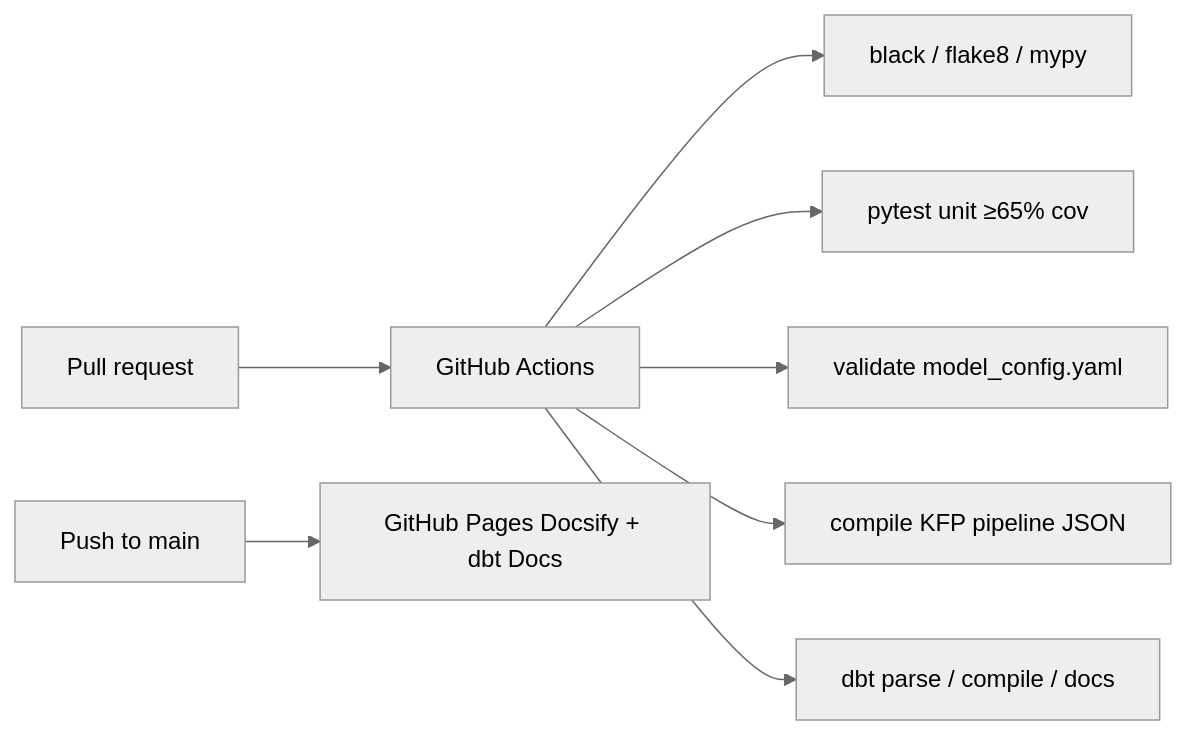
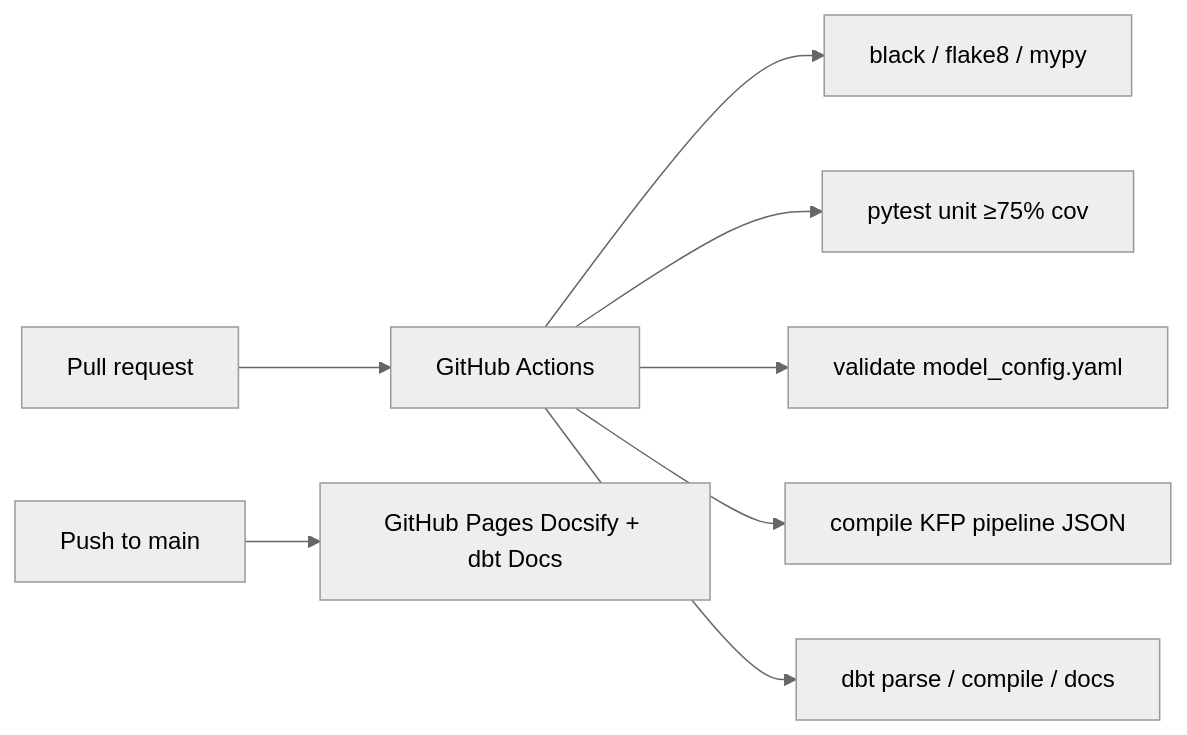
Before and after one commit to the-datastrategist/tds-dbt-favorita: the fifth of 5 diagrams in docs/reference_architecture.md, drawn with Mermaid (neutral theme). The commit also changed other lines of this file and 130 other files, not shown here.

````diff
--- a/docs/reference_architecture.md
+++ b/docs/reference_architecture.md
@@ -202,10 +208,10 @@
 ```mermaid
 flowchart LR
   PR[Pull request] --> GHA[GitHub Actions]
   GHA --> Lint[black / flake8 / mypy]
-  GHA --> Test[pytest unit ≥65% cov]
+  GHA --> Test[pytest unit ≥75% cov]
   GHA --> Config[validate model_config.yaml]
   GHA --> KFP[compile KFP pipeline JSON]
   GHA --> dbt[dbt parse / compile / docs]
   main[Push to main] --> Pages[GitHub Pages Docsify + dbt Docs]
 ```
````
